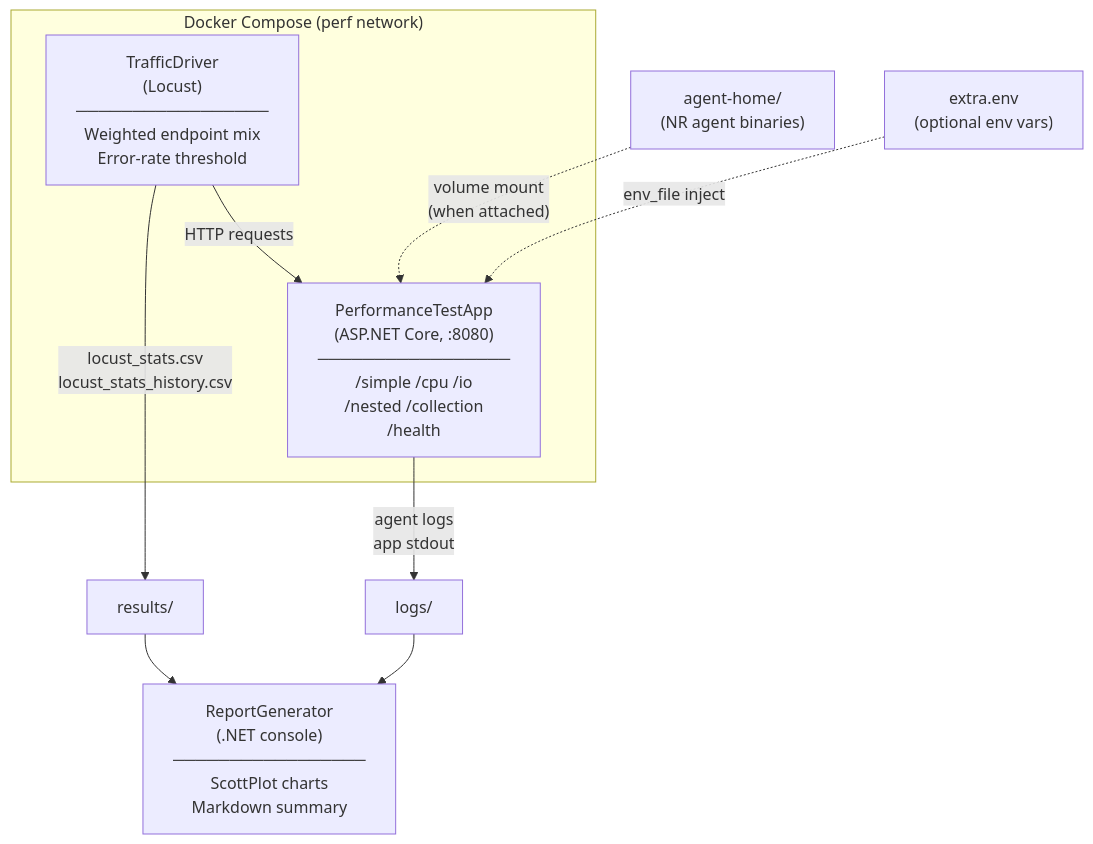
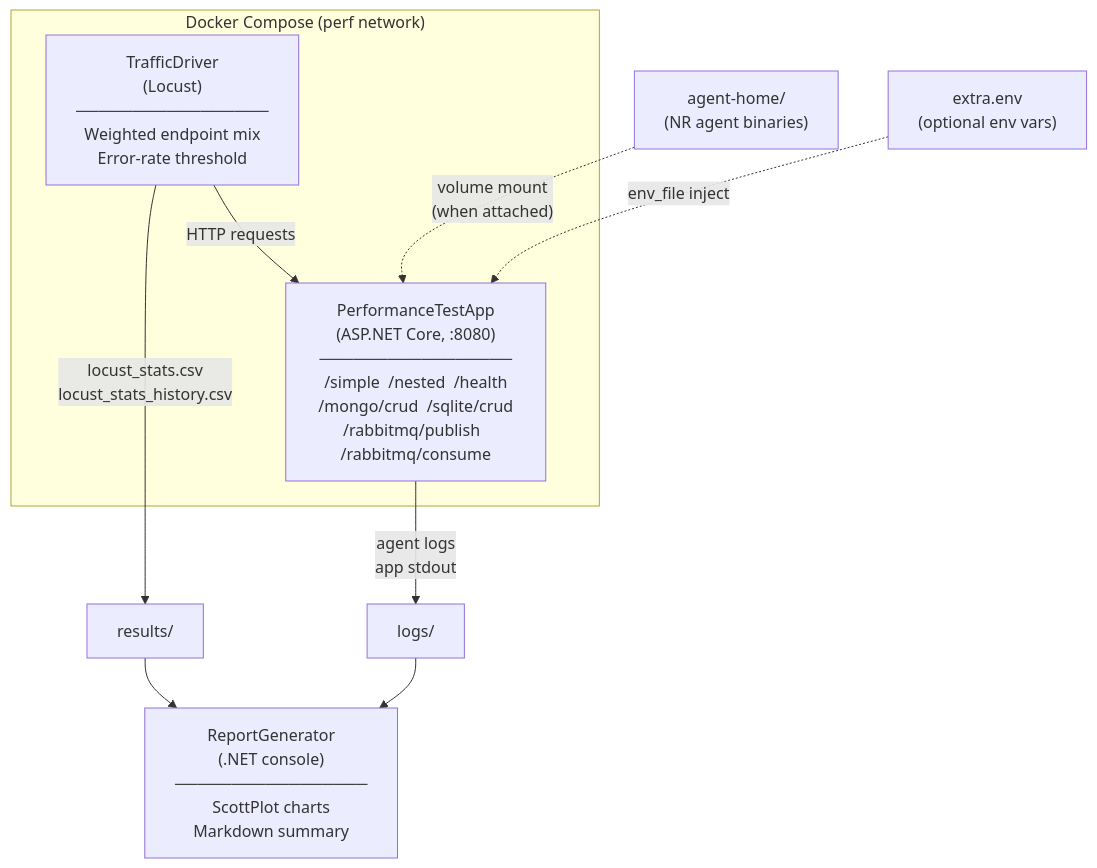
One commit to newrelic/newrelic-dotnet-agent changed the diagram in tests/Agent/PerformanceTests/README.md. Above: the diagram before and after it, drawn with Mermaid. The commit also changed other lines of this file, not shown here.

````diff
--- a/tests/Agent/PerformanceTests/README.md
+++ b/tests/Agent/PerformanceTests/README.md
@@ -9,20 +9,20 @@
 ```mermaid
 flowchart TD
     subgraph Docker["Docker Compose (perf network)"]
-        TA["PerformanceTestApp\n(ASP.NET Core, :8080)\n─────────────────\n/simple  /cpu  /io\n/nested  /collection\n/health"]
+        TA["PerformanceTestApp\n(ASP.NET Core, :8080)\n─────────────────\n/simple  /nested  /health\n/mongo/crud  /sqlite/crud\n/rabbitmq/publish  /rabbitmq/consume"]
         TD["TrafficDriver\n(Locust)\n─────────────────\nWeighted endpoint mix\nError-rate threshold"]
         TD -- "HTTP requests" --> TA
     end
 
     AH["agent-home/\n(NR agent binaries)"]
     EE["extra.env\n(optional env vars)"]
 
     AH -. "volume mount\n(when attached)" .-> TA
     EE -. "env_file inject" .-> TA
 
     TD -- "locust_stats.csv\nlocust_stats_history.csv" --> RD["results/"]
     TA -- "agent logs\napp stdout" --> LD["logs/"]
 
     RD --> RG["ReportGenerator\n(.NET console)\n─────────────────\nScottPlot charts\nMarkdown summary"]
     LD --> RG
 ```
````
